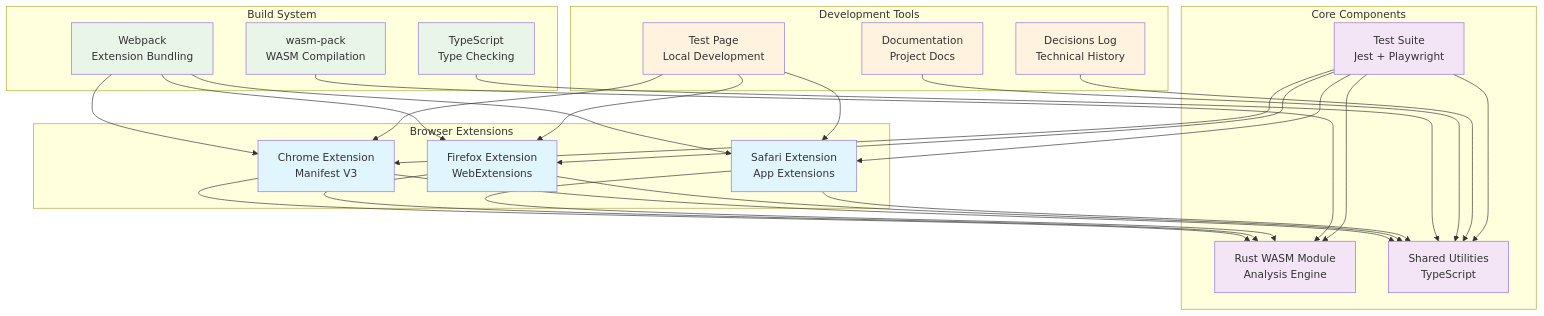
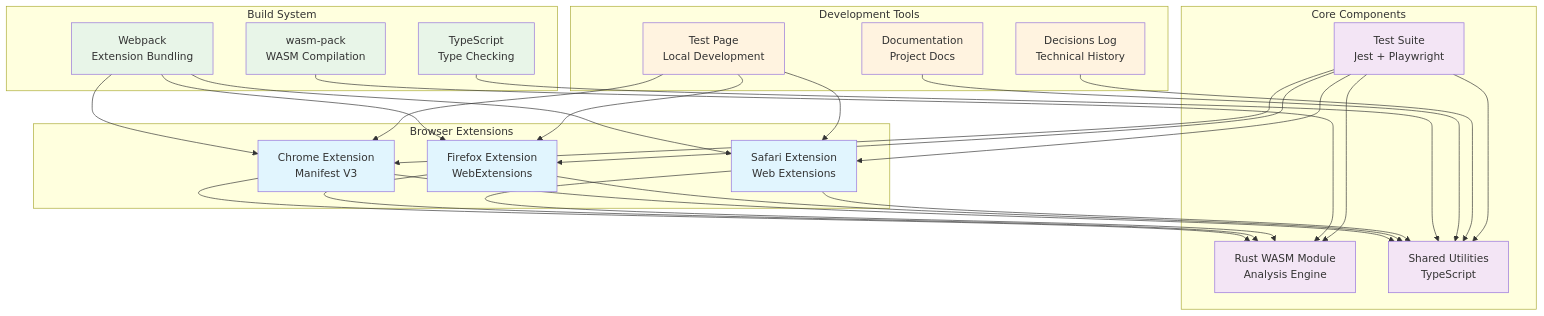
Before and after one commit to GiorgioNatili/web-extension-experiment: the diagram in diagrams/architecture-overview.md, drawn with Mermaid. The commit also changed 2 other files, not shown here.

Commit message:
docs: Update diagrams and implementation status for Safari Web Extensions
- Update architecture overview to reflect Safari Web Extensions (not App Extensions)
- Update implementation status to show Safari extension as fully implemented
- Add Safari-specific workflow details to extension workflow diagram
- Update browser support section to reflect Safari Web Extensions compatibility
- Update success criteria to include Safari extension completion
- Update compatibility matrix to show Safari Web Extensions support

Technical Details:
- Safari extension now fully functional with Web Extensions API
- Limited API support (browser.runtime only) properly documented
- Local message handling and content script detection documented
- All three browsers (Chrome, Firefox, Safari) now fully supported

````diff
--- a/diagrams/architecture-overview.md
+++ b/diagrams/architecture-overview.md
@@ -5,65 +5,65 @@
 ```mermaid
 graph TB
     subgraph "Browser Extensions"
         Chrome[Chrome Extension<br/>Manifest V3]
         Firefox[Firefox Extension<br/>WebExtensions]
-        Safari[Safari Extension<br/>App Extensions]
+        Safari[Safari Extension<br/>Web Extensions]
     end
 
     subgraph "Core Components"
         WASM[Rust WASM Module<br/>Analysis Engine]
         Shared[Shared Utilities<br/>TypeScript]
         Tests[Test Suite<br/>Jest + Playwright]
     end
 
     subgraph "Build System"
         Webpack[Webpack<br/>Extension Bundling]
         WasmPack[wasm-pack<br/>WASM Compilation]
         TypeScript[TypeScript<br/>Type Checking]
     end
 
     subgraph "Development Tools"
         TestPage[Test Page<br/>Local Development]
         Docs[Documentation<br/>Project Docs]
         Decisions[Decisions Log<br/>Technical History]
     end
 
     %% Browser Extensions connect to Shared and WASM
     Chrome --> Shared
     Firefox --> Shared
     Safari --> Shared
     Chrome --> WASM
     Firefox --> WASM
     Safari --> WASM
 
     %% Build System connections
     Webpack --> Chrome
     Webpack --> Firefox
     Webpack --> Safari
     WasmPack --> WASM
     TypeScript --> Shared
 
     %% Development Tools
     TestPage --> Chrome
     TestPage --> Firefox
     TestPage --> Safari
     Docs --> Shared
     Decisions --> Shared
 
     %% Testing connections
     Tests --> Chrome
     Tests --> Firefox
     Tests --> Safari
     Tests --> WASM
     Tests --> Shared
 
     classDef extension fill:#e1f5fe
     classDef core fill:#f3e5f5
     classDef build fill:#e8f5e8
     classDef tools fill:#fff3e0
 
     class Chrome,Firefox,Safari extension
     class WASM,Shared,Tests core
     class Webpack,WasmPack,TypeScript build
     class TestPage,Docs,Decisions tools
 ```
````
